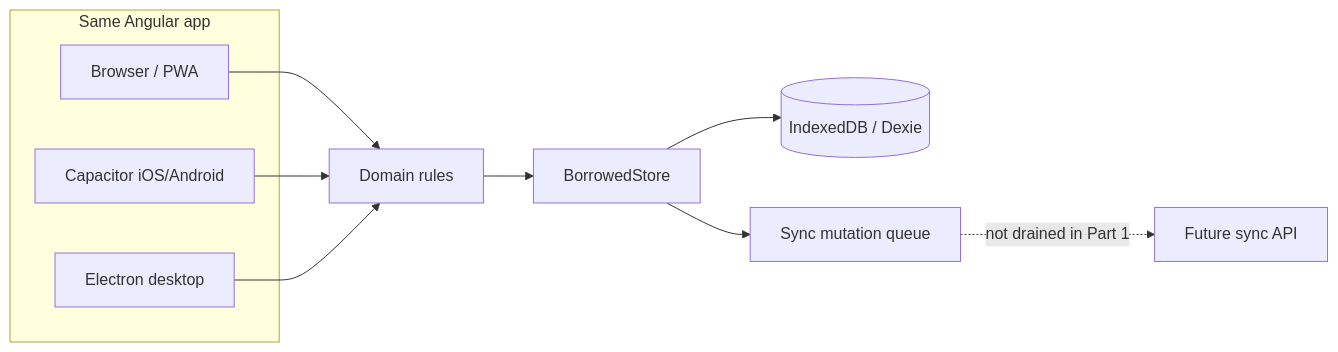
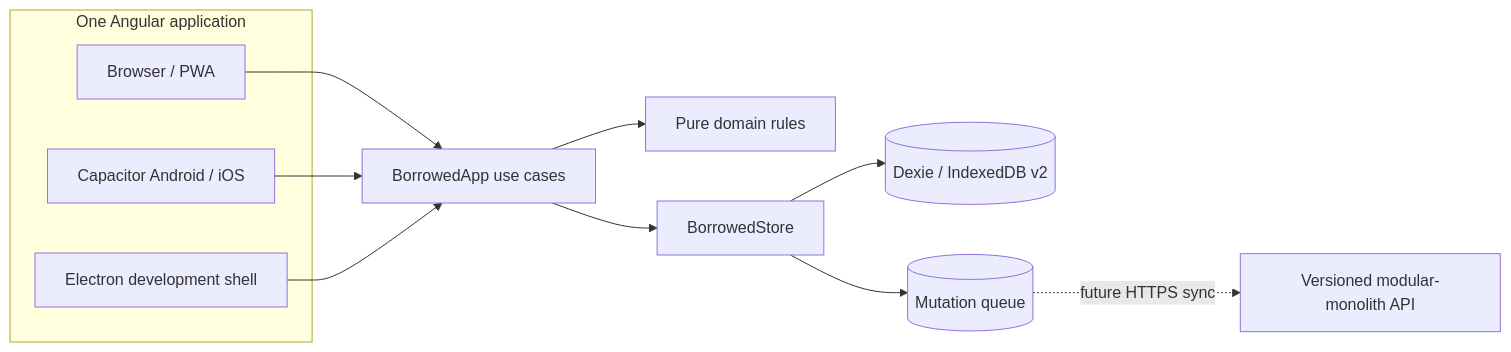
The diagram in docs/architecture.md (goleaf/groktest), drawn with Mermaid before and after one commit. The commit also changed other lines of this file and 157 other files, not shown here.

````diff
--- a/docs/architecture.md
+++ b/docs/architecture.md
@@ -5,16 +5,17 @@
 ```mermaid
 flowchart LR
-  subgraph clients [Same Angular app]
+  subgraph clients[One Angular application]
     Web[Browser / PWA]
-    Cap[Capacitor iOS/Android]
-    El[Electron desktop]
+    Native[Capacitor Android / iOS]
+    Desktop[Electron development shell]
   end
 
-  Web --> Domain
-  Cap --> Domain
-  El --> Domain
-  Domain[Domain rules] --> Store[BorrowedStore]
-  Store --> IDB[(IndexedDB / Dexie)]
-  Store --> Queue[Sync mutation queue]
-  Queue -.->|not drained in Part 1| FutureAPI[Future sync API]
+  Web --> App
+  Native --> App
+  Desktop --> App
+  App[BorrowedApp use cases] --> Domain[Pure domain rules]
+  App --> Store[BorrowedStore]
+  Store --> IDB[(Dexie / IndexedDB v2)]
+  Store --> Queue[(Mutation queue)]
+  Queue -. future HTTPS sync .-> API[Versioned modular-monolith API]
 ```
````
